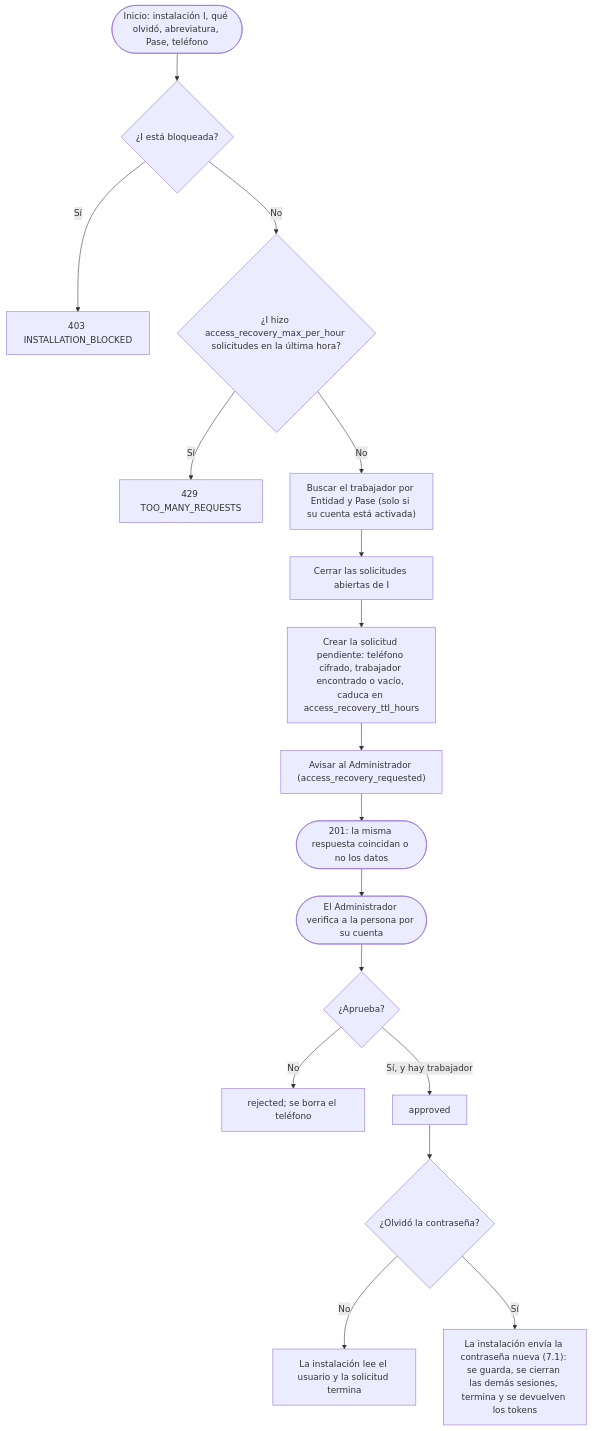
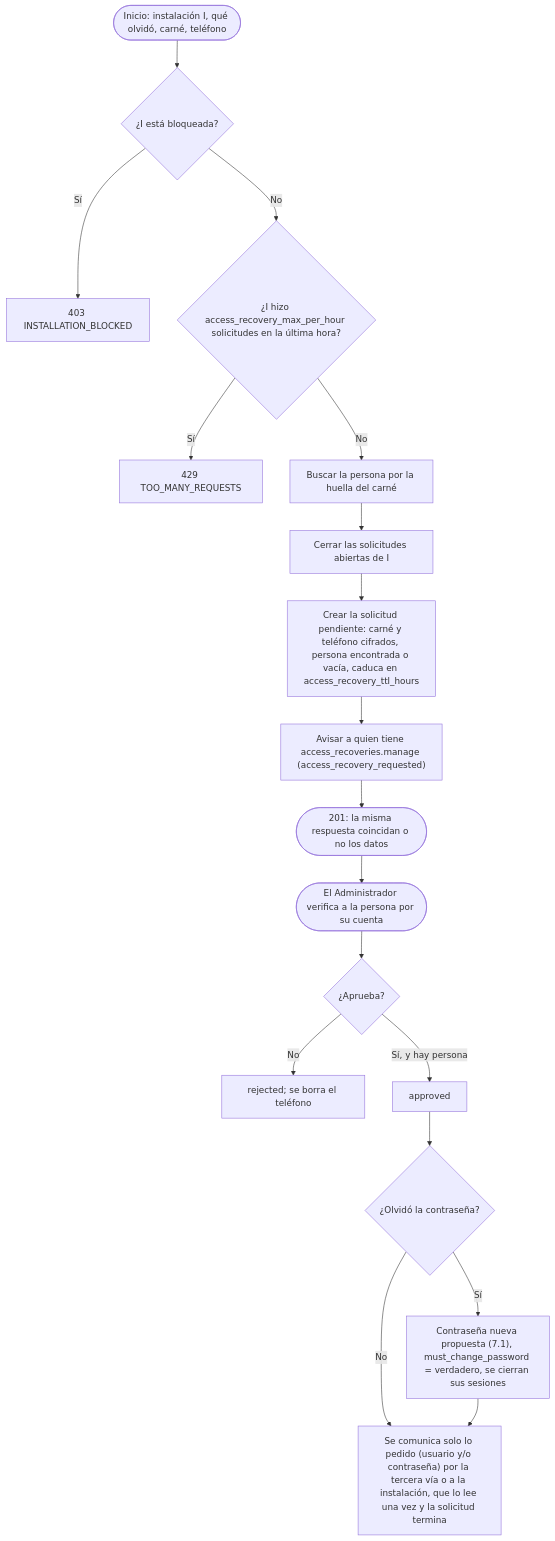
One commit to maicolalmaralestamayo/MiRuta changed diagram 28 of 37 in docs/07-algoritmos.md. Above: the diagram before and after it, drawn with Mermaid. The commit also changed other lines of this file and 37 other files, not shown here.

````diff
--- a/docs/07-algoritmos.md
+++ b/docs/07-algoritmos.md
@@ -760,19 +741,20 @@
 ```mermaid
 flowchart TD
-    A(["Inicio: instalación I, qué olvidó, abreviatura, Pase, teléfono"]) --> B{"¿I está bloqueada?"}
+    A(["Inicio: instalación I, qué olvidó, carné, teléfono"]) --> B{"¿I está bloqueada?"}
     B -->|Sí| X1["403 INSTALLATION_BLOCKED"]
     B -->|No| C{"¿I hizo access_recovery_max_per_hour solicitudes en la última hora?"}
     C -->|Sí| X2["429 TOO_MANY_REQUESTS"]
-    C -->|No| D["Buscar el trabajador por Entidad y Pase (solo si su cuenta está activada)"]
+    C -->|No| D["Buscar la persona por la huella del carné"]
     D --> E["Cerrar las solicitudes abiertas de I"]
-    E --> F["Crear la solicitud pendiente: teléfono cifrado, trabajador encontrado o vacío, caduca en access_recovery_ttl_hours"]
-    F --> G["Avisar al Administrador (access_recovery_requested)"]
+    E --> F["Crear la solicitud pendiente: carné y teléfono cifrados, persona encontrada o vacía, caduca en access_recovery_ttl_hours"]
+    F --> G["Avisar a quien tiene access_recoveries.manage (access_recovery_requested)"]
     G --> Z1(["201: la misma respuesta coincidan o no los datos"])
     Z1 --> H(["El Administrador verifica a la persona por su cuenta"])
     H --> J{"¿Aprueba?"}
     J -->|No| K["rejected; se borra el teléfono"]
-    J -->|Sí, y hay trabajador| L["approved"]
+    J -->|Sí, y hay persona| L["approved"]
     L --> M{"¿Olvidó la contraseña?"}
-    M -->|No| N["La instalación lee el usuario y la solicitud termina"]
-    M -->|Sí| O["La instalación envía la contraseña nueva (7.1): se guarda, se cierran las demás sesiones, termina y se devuelven los tokens"]
+    M -->|Sí| O["Contraseña nueva propuesta (7.1), must_change_password = verdadero, se cierran sus sesiones"]
+    M -->|No| N
+    O --> N["Se comunica solo lo pedido (usuario y/o contraseña) por la tercera vía o a la instalación, que lo lee una vez y la solicitud termina"]
 ```
````
